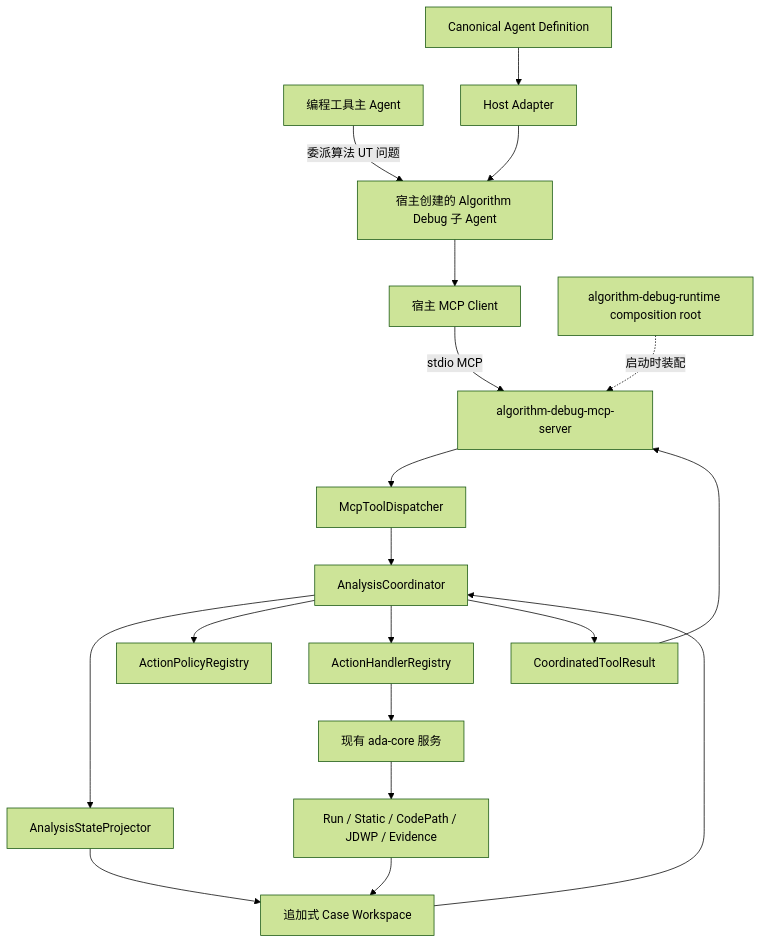
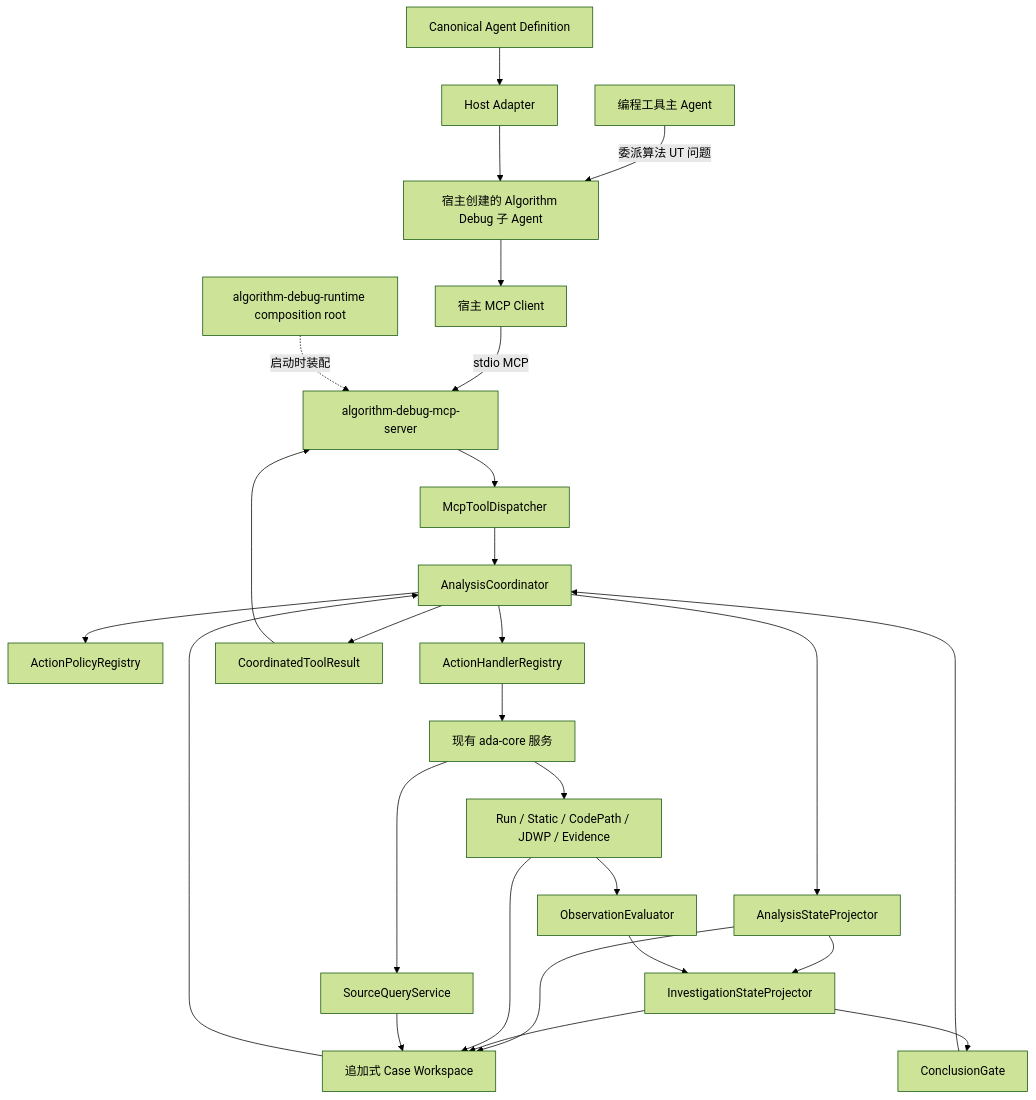
One commit to mh90901119-oss/algorithm-debug-agent changed the second of 5 diagrams in docs/designs/2026-09-25-portable-mcp-subagent-and-coordinator-design.md. Above: the diagram before and after it, drawn with Mermaid (forest theme). The commit also changed other lines of this file, not shown here.

````diff
--- a/docs/designs/2026-09-25-portable-mcp-subagent-and-coordinator-design.md
+++ b/docs/designs/2026-09-25-portable-mcp-subagent-and-coordinator-design.md
@@ -138,21 +165,29 @@
 ```mermaid
 flowchart TB
     PARENT["编程工具主 Agent"] -->|"委派算法 UT 问题"| CHILD["宿主创建的 Algorithm Debug 子 Agent"]
     DEF["Canonical Agent Definition"] --> ADAPTER["Host Adapter"]
     ADAPTER --> CHILD
     CHILD --> CLIENT["宿主 MCP Client"]
     CLIENT -->|"stdio MCP"| SERVER["algorithm-debug-mcp-server"]
     RUNTIME["algorithm-debug-runtime composition root"] -.->|"启动时装配"| SERVER
     SERVER --> DISPATCH["McpToolDispatcher"]
     DISPATCH --> COORD["AnalysisCoordinator"]
     COORD --> STATE["AnalysisStateProjector"]
+    STATE --> LEDGER["InvestigationStateProjector"]
     STATE --> ARCHIVE["追加式 Case Workspace"]
+    LEDGER --> ARCHIVE
     COORD --> POLICY["ActionPolicyRegistry"]
     COORD --> HANDLER["ActionHandlerRegistry"]
     HANDLER --> CORE["现有 ada-core 服务"]
+    CORE --> SOURCE["SourceQueryService"]
     CORE --> RUN["Run / Static / CodePath / JDWP / Evidence"]
+    RUN --> OBSERVE["ObservationEvaluator"]
+    OBSERVE --> LEDGER
     RUN --> ARCHIVE
+    SOURCE --> ARCHIVE
     ARCHIVE --> COORD
+    LEDGER --> GATE["ConclusionGate"]
+    GATE --> COORD
     COORD --> RESULT["CoordinatedToolResult"]
     RESULT --> SERVER
 ```
````
